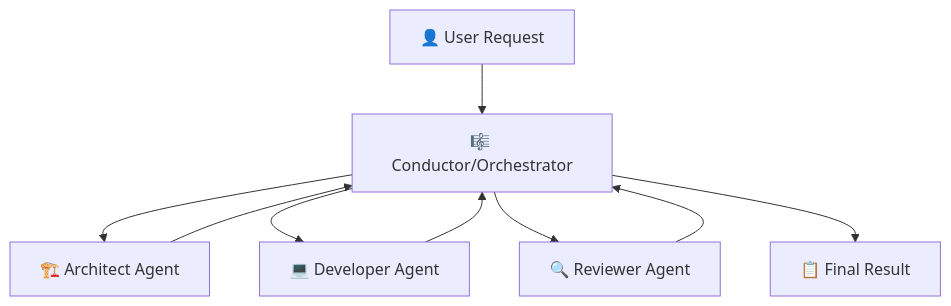
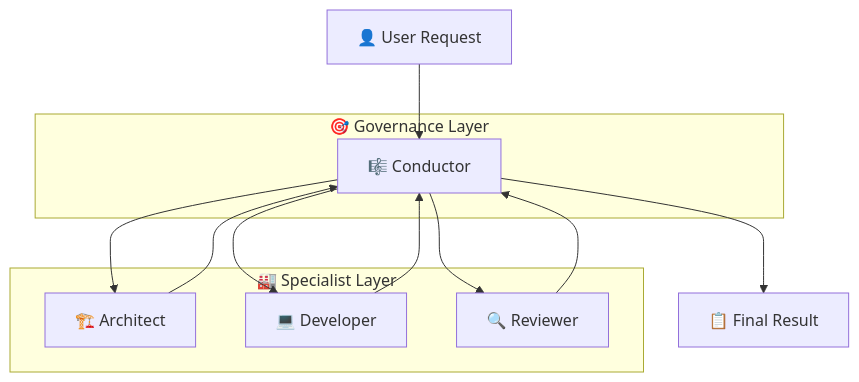
Before and after one commit to locdinh209/Harry-the-architect: the diagram in blog/src/content/blog/the-orchestra-why-multi-agent-works.md, drawn with Mermaid. The commit also changed other lines of this file and 4 other files, not shown here.

````diff
--- a/blog/src/content/blog/the-orchestra-why-multi-agent-works.md
+++ b/blog/src/content/blog/the-orchestra-why-multi-agent-works.md
@@ -51,11 +66,17 @@
-<div class="mermaid">
+```mermaid
 flowchart TD
-    U[👤 User Request] --> C[🎼 Conductor/Orchestrator]
-    C --> A1[🏗️ Architect Agent]
-    C --> A2[💻 Developer Agent]
-    C --> A3[🔍 Reviewer Agent]
-    A1 --> C
-    A2 --> C
-    A3 --> C
+    subgraph Governance["🎯 Governance Layer"]
+        C["🎼 Conductor"]
+    end
+    
+    subgraph Specialists["🏭 Specialist Layer"]
+        A1["🏗️ Architect"]
+        A2["💻 Developer"]
+        A3["🔍 Reviewer"]
+    end
+    
+    U[👤 User Request] --> C
+    C --> A1 & A2 & A3
+    A1 & A2 & A3 --> C
     C --> R[📋 Final Result]
-</div>
+```
````
